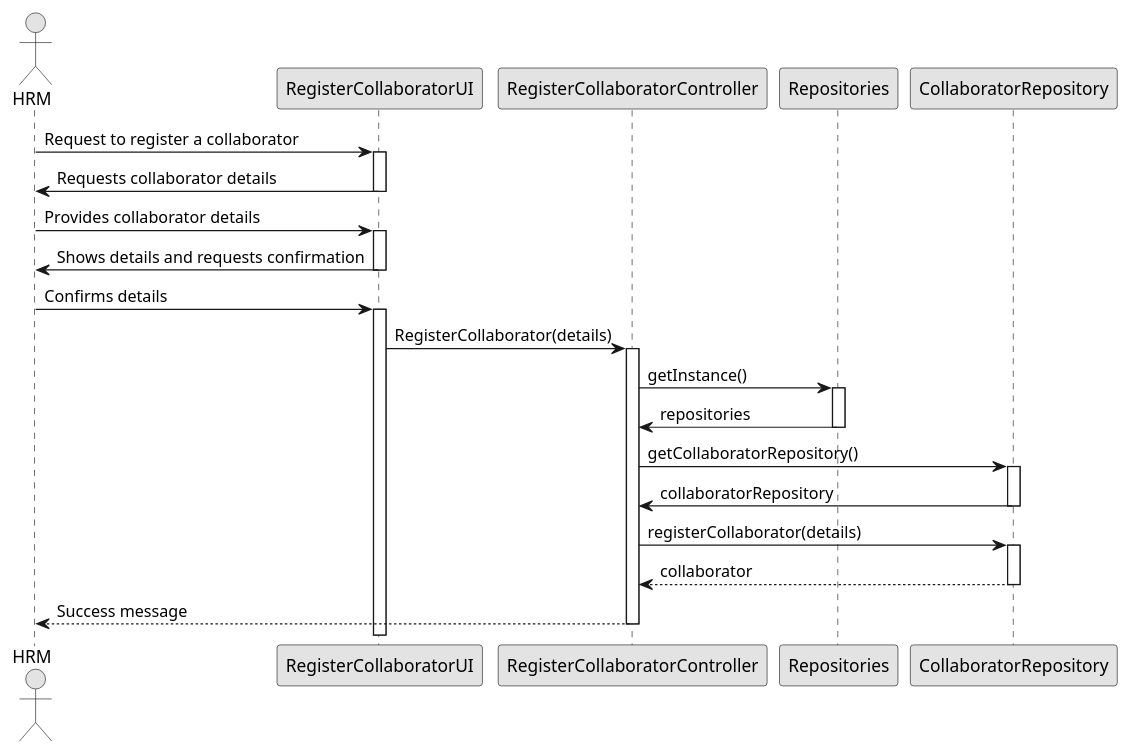
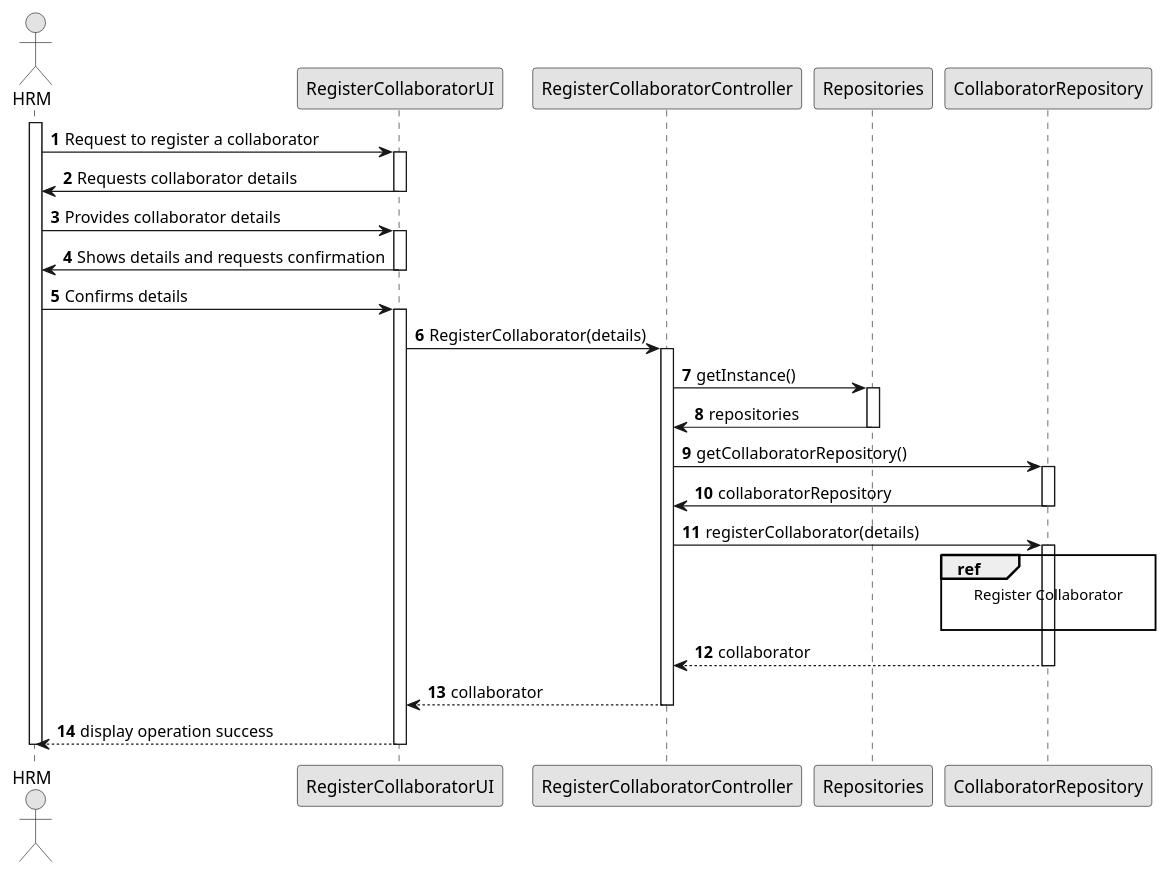
The diagram in docs/sprintB/us003/03.design/puml/us003-sequence-diagram-split.puml (diogoveirospro/lei-24-s2-1dg-g072), drawn with PlantUML before and after one commit. The commit also changed 8 other files, not shown here.

```diff
--- a/docs/sprintB/us003/03.design/puml/us003-sequence-diagram-split.puml
+++ b/docs/sprintB/us003/03.design/puml/us003-sequence-diagram-split.puml
@@ -1,38 +1,47 @@
 @startuml
 skinparam monochrome true
 skinparam packageStyle rectangle
 skinparam shadowing false
 
+autonumber
 actor HRM
 participant RegisterCollaboratorUI
 participant RegisterCollaboratorController
 participant Repositories
 participant CollaboratorRepository
 
+activate HRM
 HRM -> RegisterCollaboratorUI: Request to register a collaborator
 activate RegisterCollaboratorUI
 RegisterCollaboratorUI -> HRM: Requests collaborator details
 deactivate RegisterCollaboratorUI
 HRM -> RegisterCollaboratorUI: Provides collaborator details
 activate RegisterCollaboratorUI
 RegisterCollaboratorUI -> HRM: Shows details and requests confirmation
 deactivate RegisterCollaboratorUI
 HRM -> RegisterCollaboratorUI: Confirms details
 activate RegisterCollaboratorUI
 RegisterCollaboratorUI -> RegisterCollaboratorController: RegisterCollaborator(details)
 activate RegisterCollaboratorController
 RegisterCollaboratorController -> Repositories: getInstance()
 activate Repositories
 Repositories -> RegisterCollaboratorController: repositories
 deactivate Repositories
 RegisterCollaboratorController -> CollaboratorRepository: getCollaboratorRepository()
 activate CollaboratorRepository
 CollaboratorRepository -> RegisterCollaboratorController: collaboratorRepository
 deactivate CollaboratorRepository
 RegisterCollaboratorController -> CollaboratorRepository: registerCollaborator(details)
 activate CollaboratorRepository
-CollaboratorRepository --> RegisterCollaboratorController: collaborator
+        ref over CollaboratorRepository
+            Register Collaborator
+
+        end
+        CollaboratorRepository --> RegisterCollaboratorController: collaborator
 deactivate CollaboratorRepository
-RegisterCollaboratorController --> HRM: Success message
+RegisterCollaboratorController --> RegisterCollaboratorUI: collaborator
 deactivate RegisterCollaboratorController
+RegisterCollaboratorUI --> HRM: display operation success
+deactivate RegisterCollaboratorUI
+deactivate HRM
 @enduml
```
